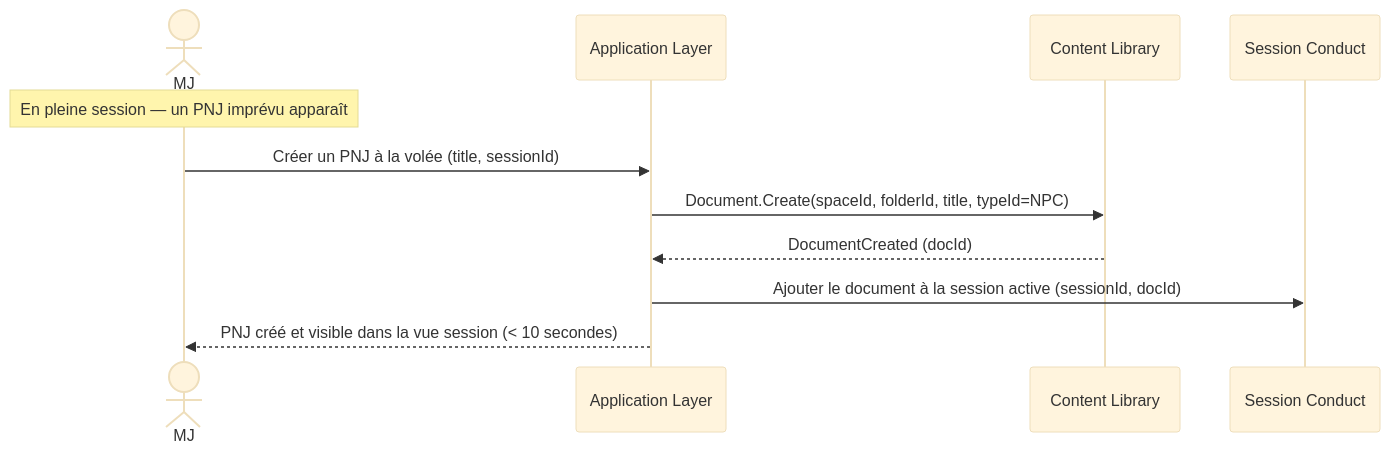
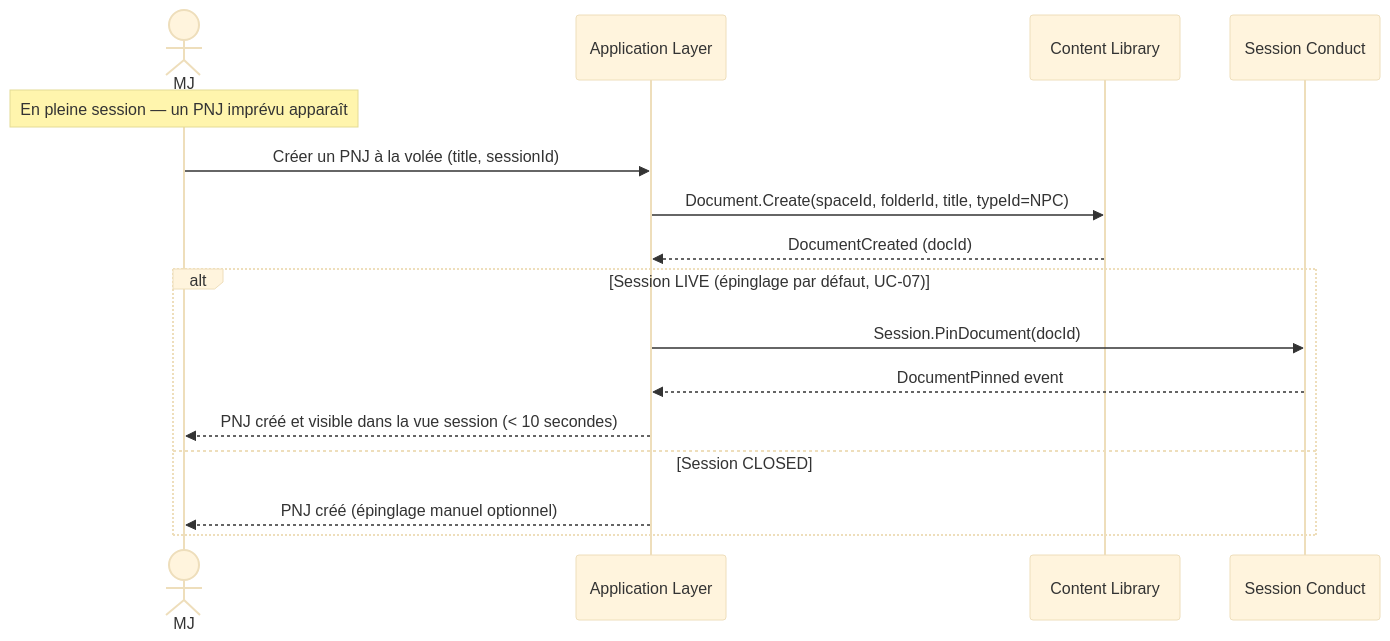
Before and after one commit to 2025-10-CDA-ECO-P6/PM-micro-saas: the seventh of 8 diagrams in docs/domaine/content-library/flows.md, drawn with Mermaid (base theme). The commit also changed other lines of this file and 3 other files, not shown here.

````diff
--- a/docs/domaine/content-library/flows.md
+++ b/docs/domaine/content-library/flows.md
@@ -113,14 +116,19 @@
 ```mermaid
 sequenceDiagram
     actor MJ
     participant App as Application Layer
     participant CL as Content Library
     participant SC as Session Conduct
 
     Note over MJ: En pleine session — un PNJ imprévu apparaît
     MJ->>App: Créer un PNJ à la volée (title, sessionId)
     App->>CL: Document.Create(spaceId, folderId, title, typeId=NPC)
     CL-->>App: DocumentCreated (docId)
-    App->>SC: Ajouter le document à la session active (sessionId, docId)
-    App-->>MJ: PNJ créé et visible dans la vue session (< 10 secondes)
+    alt Session LIVE (épinglage par défaut, UC-07)
+        App->>SC: Session.PinDocument(docId)
+        SC-->>App: DocumentPinned event
+        App-->>MJ: PNJ créé et visible dans la vue session (< 10 secondes)
+    else Session CLOSED
+        App-->>MJ: PNJ créé (épinglage manuel optionnel)
+    end
 ```
````
